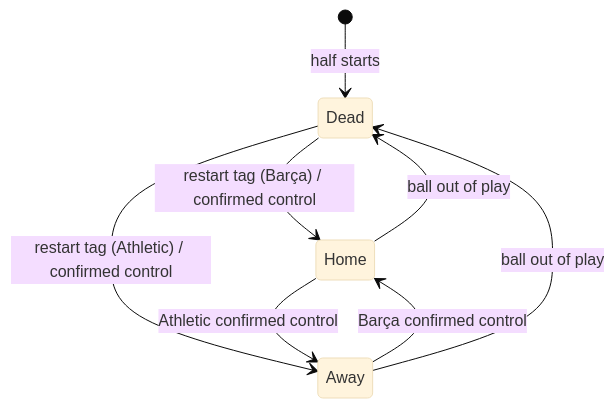
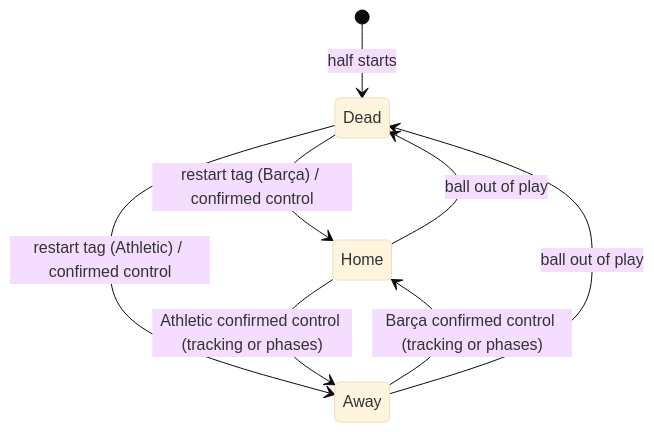
The second of 2 diagrams in docs/TECHNICAL.md (shanhtetsan/more-than-a-hack-2027), drawn with Mermaid (base theme) before and after one commit. The commit also changed other lines of this file and 9 other files, not shown here.

First line of the commit message:
v4: Smart Tagging tactical phases as possession evidence where the tracking is silent

````diff
--- a/docs/TECHNICAL.md
+++ b/docs/TECHNICAL.md
@@ -134,10 +164,10 @@
 ```mermaid
 stateDiagram-v2
     [*] --> Dead: half starts
     Dead --> Home: restart tag (Barça) / confirmed control
     Dead --> Away: restart tag (Athletic) / confirmed control
-    Home --> Away: Athletic confirmed control
-    Away --> Home: Barça confirmed control
+    Home --> Away: Athletic confirmed control (tracking or phases)
+    Away --> Home: Barça confirmed control (tracking or phases)
     Home --> Dead: ball out of play
     Away --> Dead: ball out of play
 ```
````
